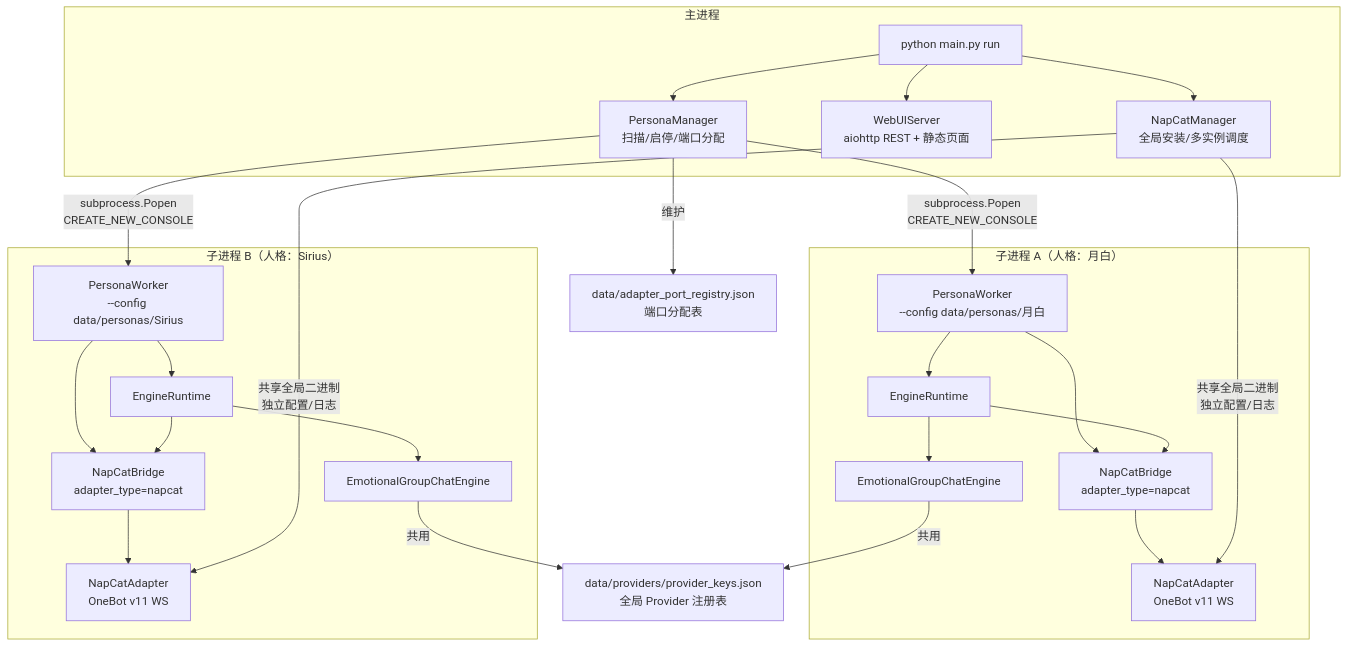
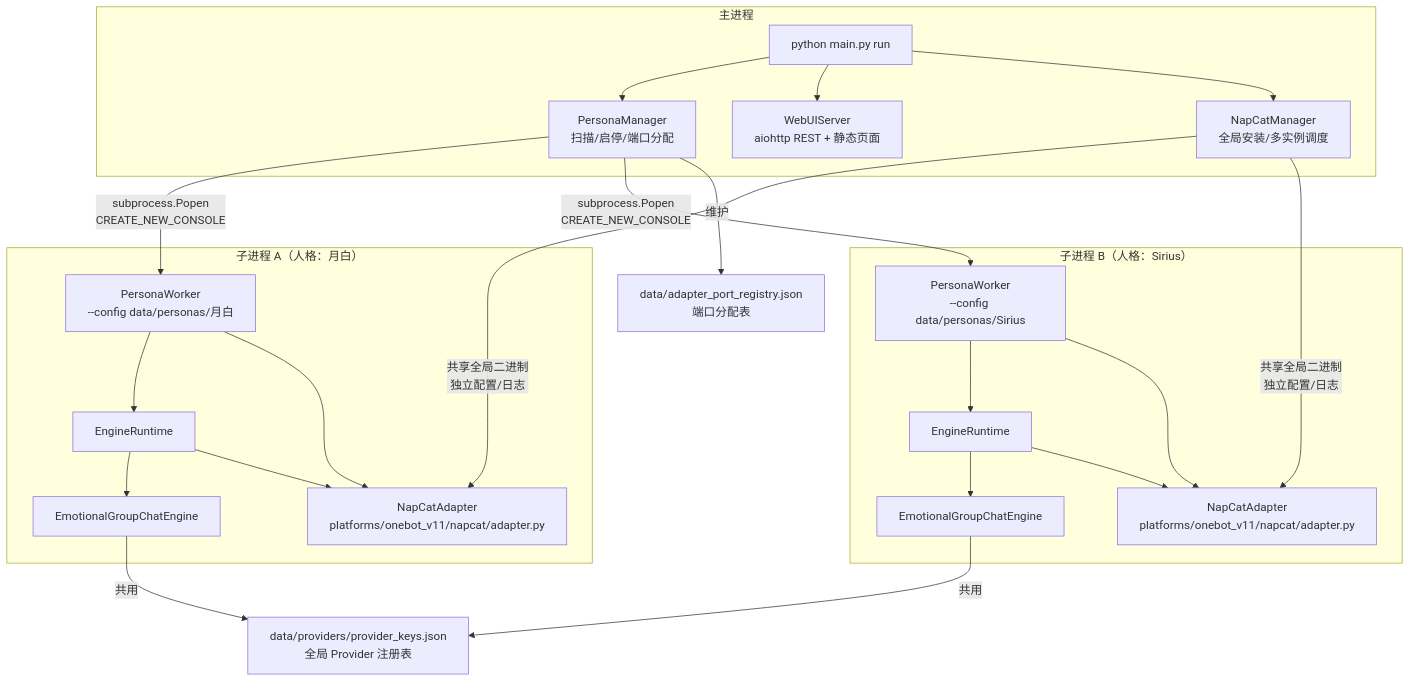
Before and after one commit to Sparrived/SiriusPulse: the first of 11 diagrams in docs/full-architecture-flow.md, drawn with Mermaid. The commit also changed other lines of this file and 20 other files, not shown here.

````diff
--- a/docs/full-architecture-flow.md
+++ b/docs/full-architecture-flow.md
@@ -17,44 +17,42 @@
 ```mermaid
 flowchart TD
     subgraph MainProcess["主进程"]
         CLI["python main.py run"]
         PM["PersonaManager<br/>扫描/启停/端口分配"]
         WebUI["WebUIServer<br/>aiohttp REST + 静态页面"]
         NM["NapCatManager<br/>全局安装/多实例调度"]
     end
 
     CLI --> PM
     CLI --> WebUI
     CLI --> NM
 
     subgraph PersonaA["子进程 A（人格：月白）"]
         PWA["PersonaWorker<br/>--config data/personas/月白"]
         RTA["EngineRuntime"]
         EngineA["EmotionalGroupChatEngine"]
-        BridgeA["NapCatBridge<br/>adapter_type=napcat"]
-        AdapterA["NapCatAdapter<br/>OneBot v11 WS"]
+        AdapterA["NapCatAdapter<br/>platforms/onebot_v11/napcat/adapter.py"]
         PWA --> RTA --> EngineA
-        PWA --> BridgeA --> AdapterA
-        RTA --> BridgeA
+        PWA --> AdapterA
+        RTA --> AdapterA
     end
 
     subgraph PersonaB["子进程 B（人格：Sirius）"]
         PWB["PersonaWorker<br/>--config data/personas/Sirius"]
         RTB["EngineRuntime"]
         EngineB["EmotionalGroupChatEngine"]
-        BridgeB["NapCatBridge<br/>adapter_type=napcat"]
-        AdapterB["NapCatAdapter<br/>OneBot v11 WS"]
+        AdapterB["NapCatAdapter<br/>platforms/onebot_v11/napcat/adapter.py"]
         PWB --> RTB --> EngineB
-        PWB --> BridgeB --> AdapterB
-        RTB --> BridgeB
+        PWB --> AdapterB
+        RTB --> AdapterB
     end
 
     PM -->|"subprocess.Popen<br/>CREATE_NEW_CONSOLE"| PWA
     PM -->|"subprocess.Popen<br/>CREATE_NEW_CONSOLE"| PWB
     NM -->|"共享全局二进制<br/>独立配置/日志"| AdapterA
     NM -->|"共享全局二进制<br/>独立配置/日志"| AdapterB
 
     PM -->|"维护"| Registry["data/adapter_port_registry.json<br/>端口分配表"]
     EngineA -->|"共用"| Providers["data/providers/provider_keys.json<br/>全局 Provider 注册表"]
     EngineB -->|"共用"| Providers
 ```
````
